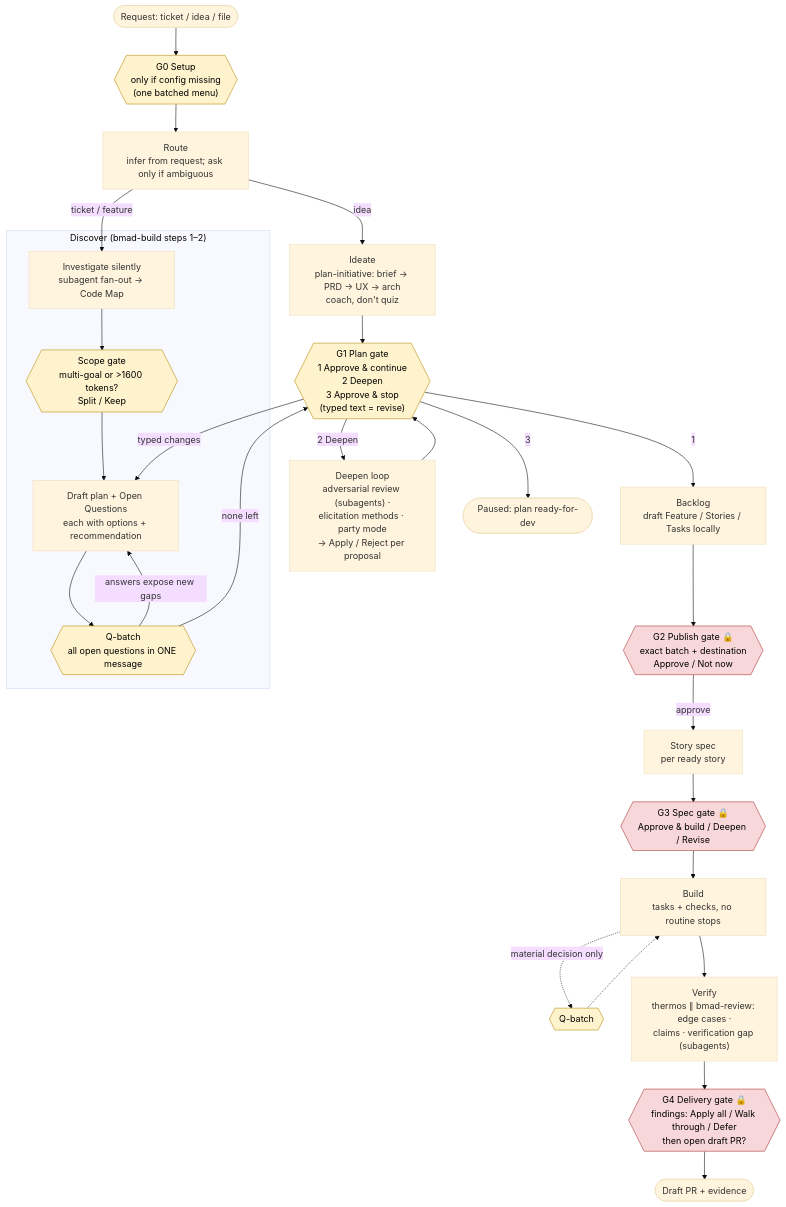
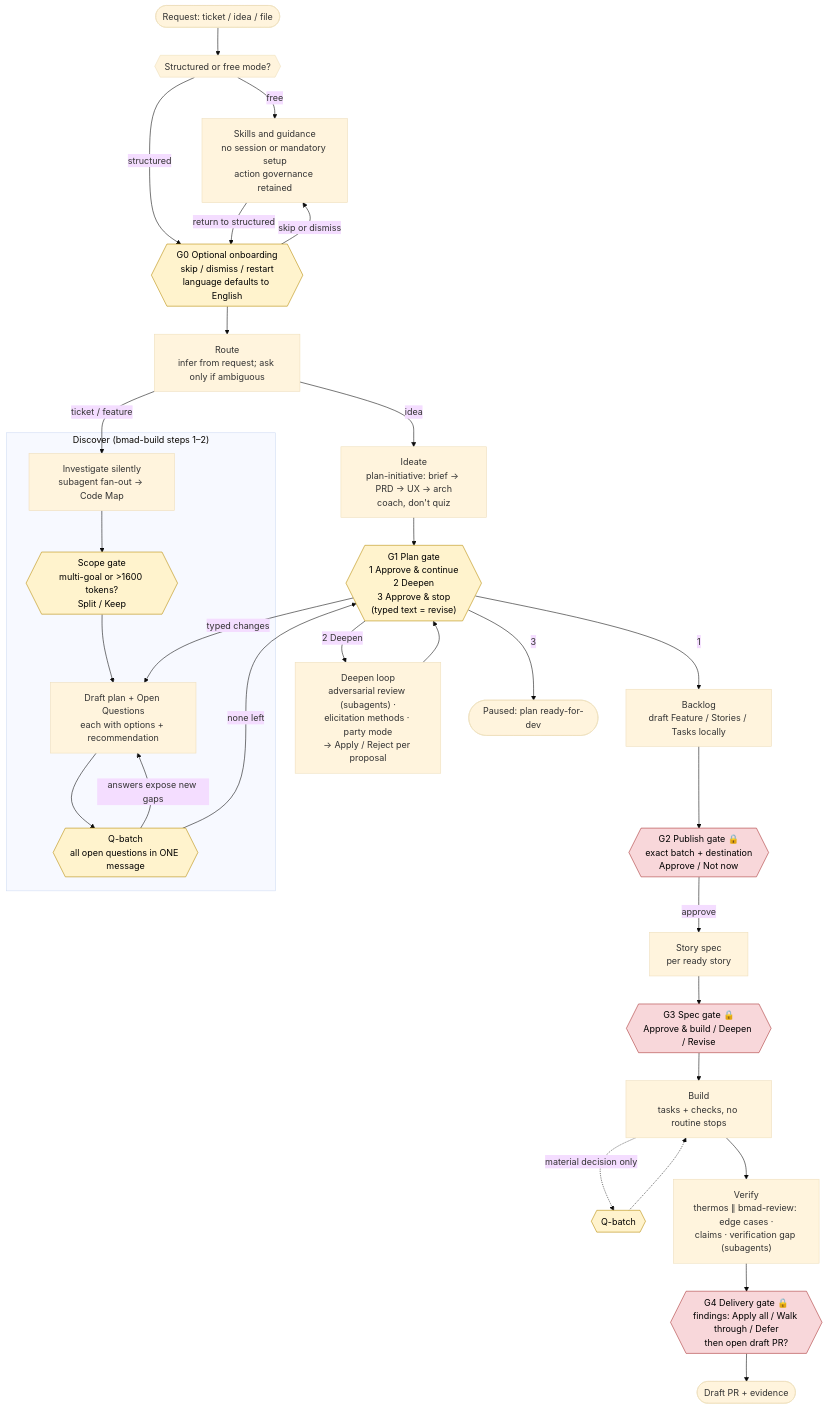
The diagram in docs/02-design/specs/harness-main-flow.md (Monolith-INC/monolithic-dev-harness), drawn with Mermaid (base theme) before and after one commit. The commit also changed other lines of this file and 30 other files, not shown here.

Commit message:
Make onboarding optional without weakening approval gates

````diff
--- a/docs/02-design/specs/harness-main-flow.md
+++ b/docs/02-design/specs/harness-main-flow.md
@@ -74,37 +74,41 @@
 ```mermaid
 flowchart TD
-    REQ([Request: ticket / idea / file]) --> SETUP{{"G0 Setup<br/>only if config missing<br/>(one batched menu)"}}
+    REQ([Request: ticket / idea / file]) --> MODE{{"Structured or free mode?"}}
+    MODE -->|free| FREE["Skills and guidance<br/>no session or mandatory setup<br/>action governance retained"]
+    MODE -->|structured| SETUP{{"G0 Optional onboarding<br/>skip / dismiss / restart<br/>language defaults to English"}}
+    SETUP -->|skip or dismiss| FREE
+    FREE -->|return to structured| SETUP
     SETUP --> ROUTE["Route<br/>infer from request; ask only if ambiguous"]
     ROUTE -->|idea| IDEATE["Ideate<br/>plan-initiative: brief → PRD → UX → arch<br/>coach, don't quiz"]
     ROUTE -->|ticket / feature| INV
 
     subgraph DISCOVER["Discover (bmad-build steps 1–2)"]
       INV["Investigate silently<br/>subagent fan-out → Code Map"] --> SCOPE{{"Scope gate<br/>multi-goal or >1600 tokens?<br/>Split / Keep"}}
       SCOPE --> DRAFT["Draft plan + Open Questions<br/>each with options + recommendation"]
       DRAFT --> OQ{{"Q-batch<br/>all open questions in ONE message"}}
       OQ -->|answers expose new gaps| DRAFT
     end
 
     IDEATE --> G1
     OQ -->|none left| G1{{"G1 Plan gate<br/>1 Approve & continue<br/>2 Deepen<br/>3 Approve & stop<br/>(typed text = revise)"}}
     G1 -->|2 Deepen| DEEP["Deepen loop<br/>adversarial review (subagents) ·<br/>elicitation methods · party mode<br/>→ Apply / Reject per proposal"]
     DEEP --> G1
     G1 -->|typed changes| DRAFT
     G1 -->|3| STOP1([Paused: plan ready-for-dev])
     G1 -->|1| BACKLOG["Backlog<br/>draft Feature / Stories / Tasks locally"]
 
     BACKLOG --> G2{{"G2 Publish gate 🔒<br/>exact batch + destination<br/>Approve / Not now"}}
     G2 -->|approve| SPEC["Story spec<br/>per ready story"]
     SPEC --> G3{{"G3 Spec gate 🔒<br/>Approve & build / Deepen / Revise"}}
     G3 --> BUILD["Build<br/>tasks + checks, no routine stops"]
     BUILD -.->|material decision only| QB{{"Q-batch"}}
     QB -.-> BUILD
     BUILD --> VERIFY["Verify<br/>thermos ∥ bmad-review: edge cases ·<br/>claims · verification gap (subagents)"]
     VERIFY --> G4{{"G4 Delivery gate 🔒<br/>findings: Apply all / Walk through / Defer<br/>then open draft PR?"}}
     G4 --> DONE([Draft PR + evidence])
 
     classDef gate fill:#fff3cd,stroke:#b58900,color:#000
     classDef lock fill:#f8d7da,stroke:#a33,color:#000
     class SETUP,SCOPE,OQ,G1,QB gate
     class G2,G3,G4 lock
 ```
````
